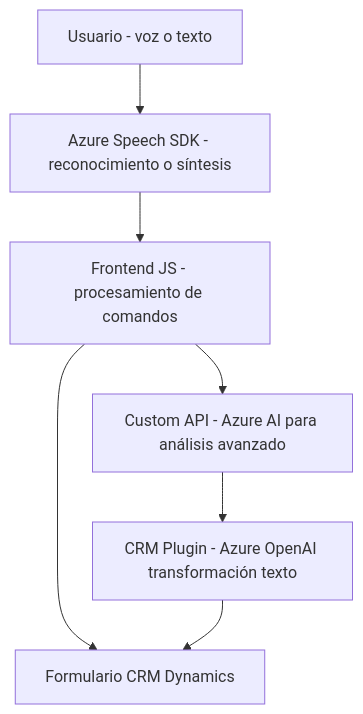
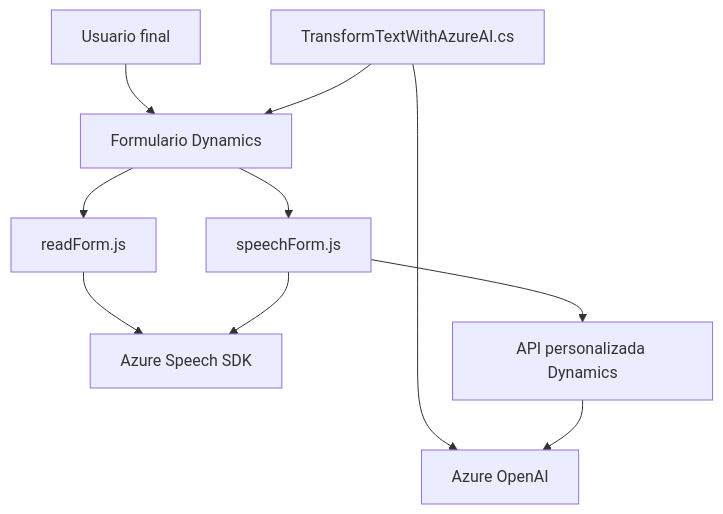
Before and after one commit to blopezdm/NETCORE_BILBAO2025: the diagram in README.md, drawn with Mermaid. The commit also changed other lines of this file, not shown here.

Commit message:
Actualizar análisis global de la solución con IA

````diff
--- a/README.md
+++ b/README.md
@@ -64,16 +40,21 @@
 ```mermaid
 graph TD
-  A["Usuario - voz o texto"]
-  B["Azure Speech SDK - reconocimiento o síntesis"]
-  C["Frontend JS - procesamiento de comandos"]
-  D["Custom API - Azure AI para análisis avanzado"]
-  E["Formulario CRM Dynamics"]
-  F["CRM Plugin - Azure OpenAI transformación texto"]
+    A["Formulario Dynamics"]
+    B["readForm.js"]
+    C["speechForm.js"]
+    D["TransformTextWithAzureAI.cs"]
+    E["Azure Speech SDK"]
+    F["Azure OpenAI"]
+    G["API personalizada Dynamics"]
+    H["Usuario final"]
 
-  A --> B
-  B --> C
-  C --> D
-  C --> E
-  D --> F
-  F --> E
+    H --> A
+    A --> B
+    A --> C
+    C --> G
+    D --> F
+    D --> A
+    B --> E
+    C --> E
+    G --> F
 ```
````
